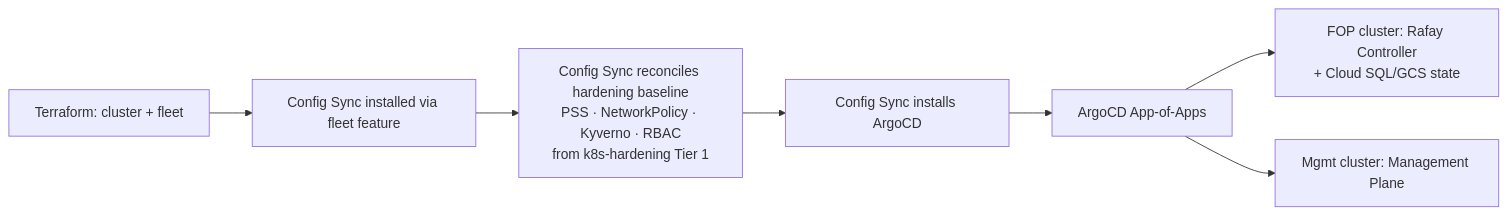
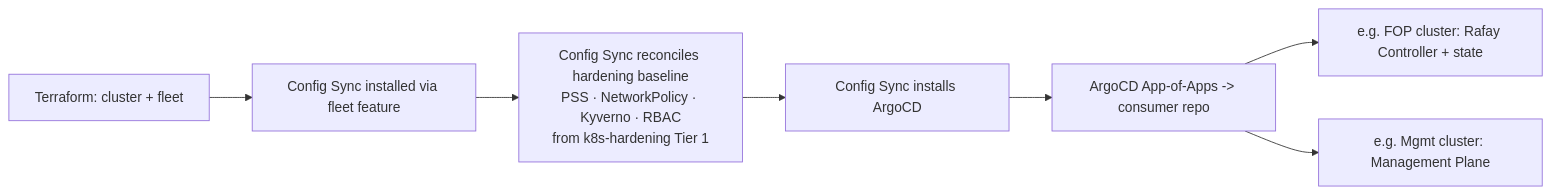
The diagram in iac-k8s/01-provisioning-and-iac.md (kg-aifabrik/research), drawn with Mermaid before and after one commit. The commit also changed other lines of this file and 5 other files, not shown here.

````diff
--- a/iac-k8s/01-provisioning-and-iac.md
+++ b/iac-k8s/01-provisioning-and-iac.md
@@ -109,9 +113,9 @@
 ```mermaid
 flowchart LR
   A[Terraform: cluster + fleet] --> B[Config Sync installed via fleet feature]
   B --> C[Config Sync reconciles hardening baseline\nPSS · NetworkPolicy · Kyverno · RBAC\nfrom k8s-hardening Tier 1]
   C --> D[Config Sync installs ArgoCD]
-  D --> E[ArgoCD App-of-Apps]
-  E --> F[FOP cluster: Rafay Controller\n+ Cloud SQL/GCS state]
-  E --> G[Mgmt cluster: Management Plane]
+  D --> E[ArgoCD App-of-Apps -> consumer repo]
+  E --> F[e.g. FOP cluster: Rafay Controller + state]
+  E --> G[e.g. Mgmt cluster: Management Plane]
 ```
````
